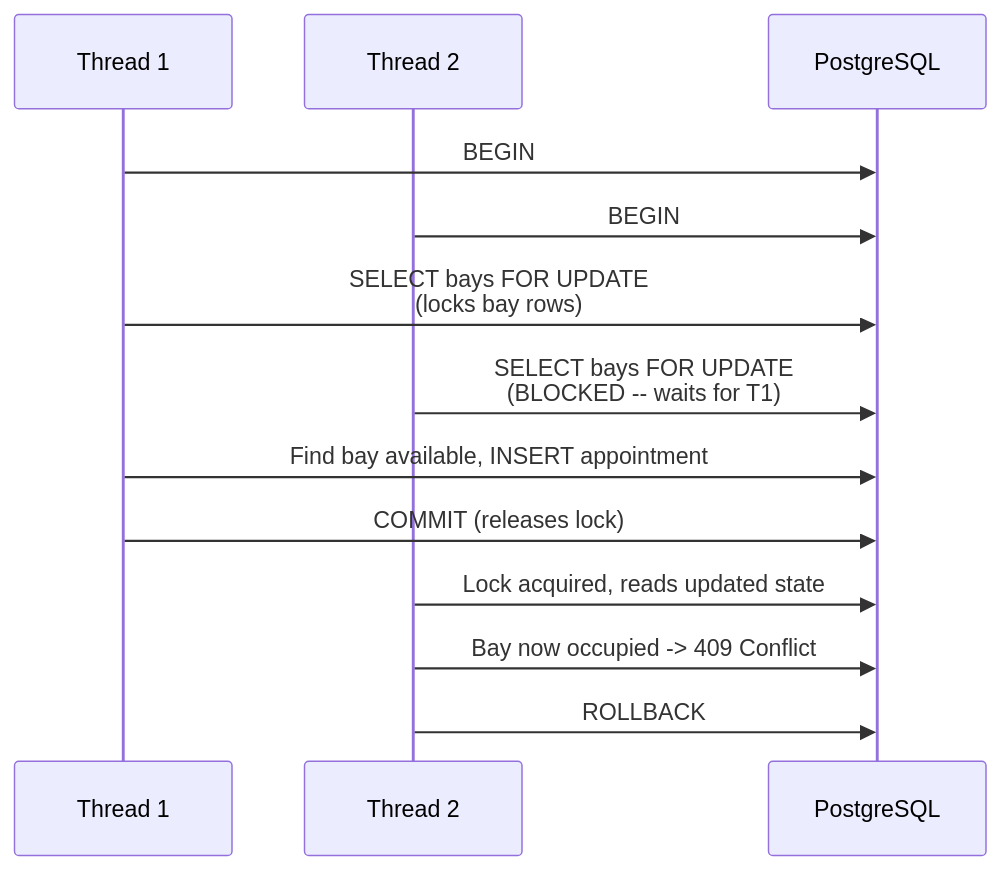
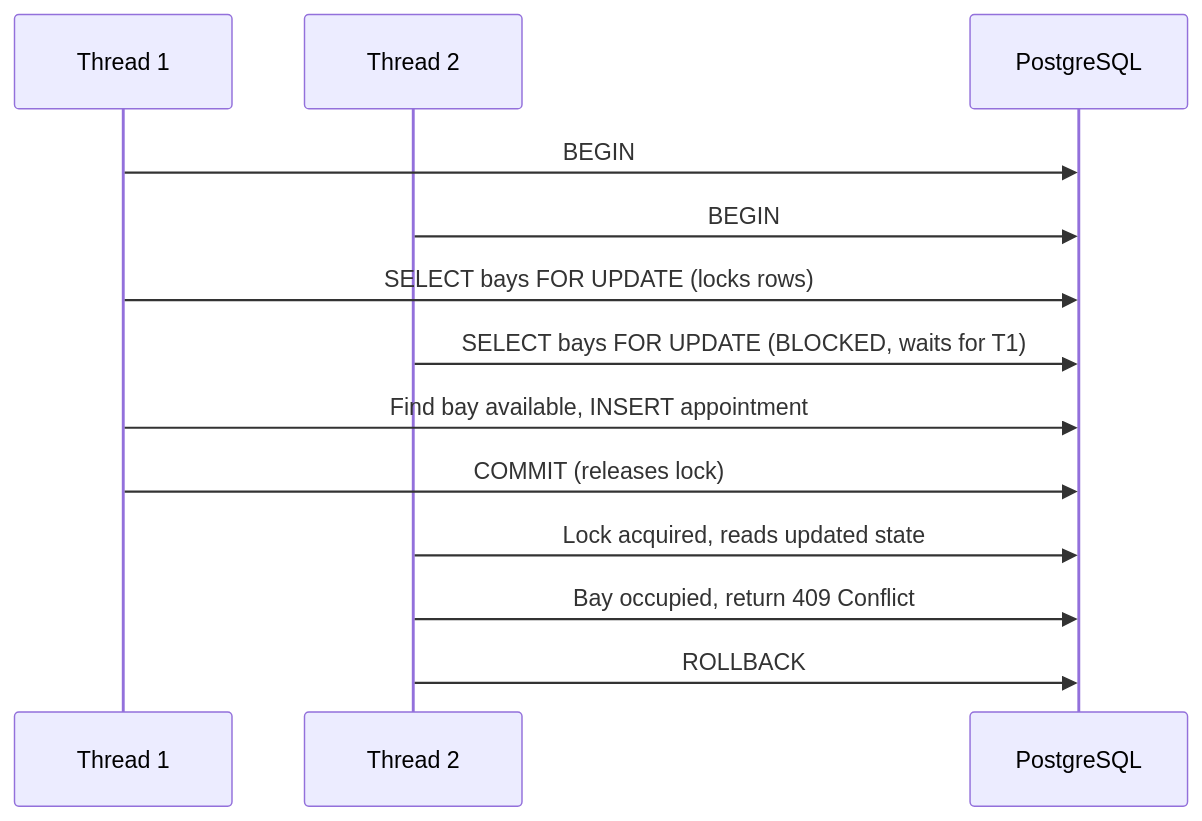
Before and after one commit to huuddd/Keyloop-OA: the fourth of 8 diagrams in README.md, drawn with Mermaid. The commit also changed other lines of this file, not shown here.

First line of the commit message:
fix: correct Mermaid syntax errors in README diagrams

````diff
--- a/README.md
+++ b/README.md
@@ -79,16 +79,16 @@
 ```mermaid
 sequenceDiagram
     participant T1 as Thread 1
     participant T2 as Thread 2
     participant DB as PostgreSQL
 
     T1->>DB: BEGIN
     T2->>DB: BEGIN
-    T1->>DB: SELECT bays FOR UPDATE<br/>(locks bay rows)
-    T2->>DB: SELECT bays FOR UPDATE<br/>(BLOCKED -- waits for T1)
+    T1->>DB: SELECT bays FOR UPDATE (locks rows)
+    T2->>DB: SELECT bays FOR UPDATE (BLOCKED, waits for T1)
     T1->>DB: Find bay available, INSERT appointment
     T1->>DB: COMMIT (releases lock)
     T2->>DB: Lock acquired, reads updated state
-    T2->>DB: Bay now occupied -> 409 Conflict
+    T2->>DB: Bay occupied, return 409 Conflict
     T2->>DB: ROLLBACK
 ```
````
